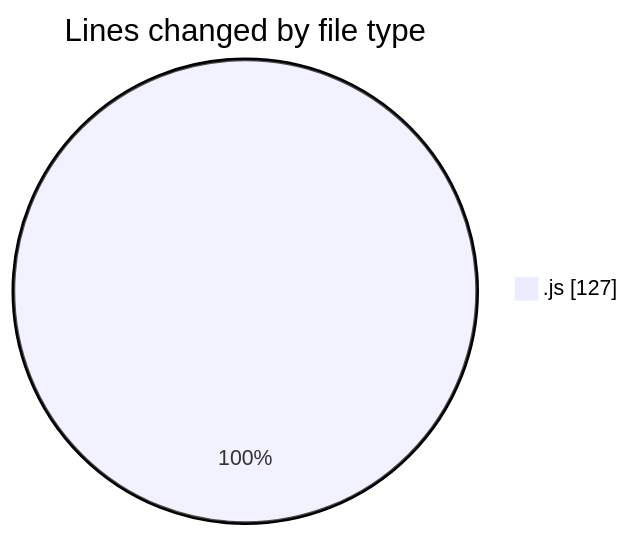
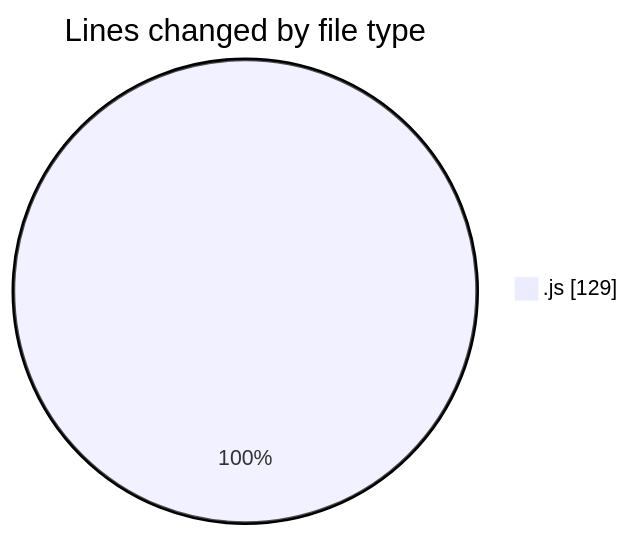
One commit to momahboobian/code-tracking changed the first of 2 diagrams in 2025-05-23/cda/README.md. Above: the diagram before and after it, drawn with Mermaid. The commit also changed other lines of this file and 1 other file, not shown here.

````diff
--- a/2025-05-23/cda/README.md
+++ b/2025-05-23/cda/README.md
@@ -22,5 +22,5 @@
 ```mermaid
 pie showData
 title Lines changed by file type
-".js" : 127
+".js" : 129
 ```
````
